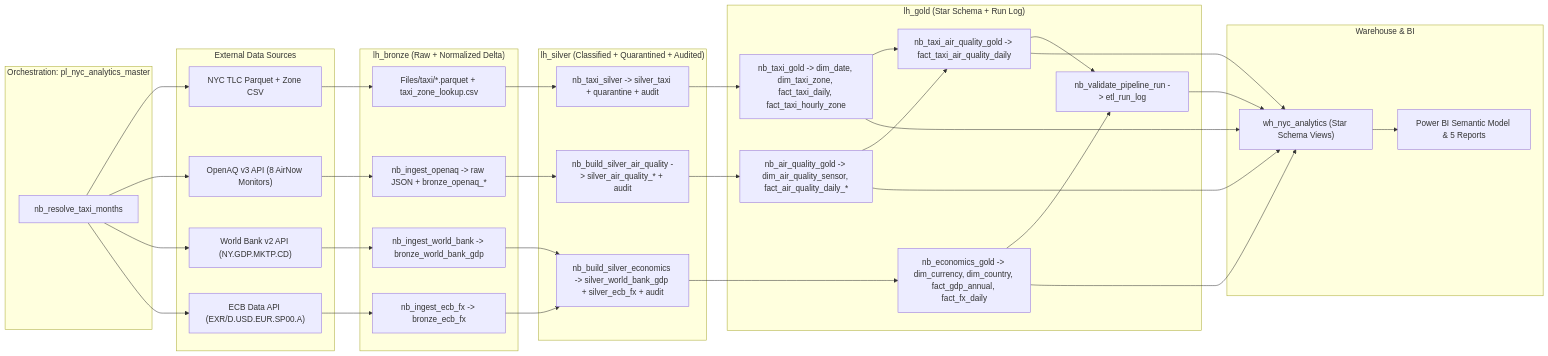
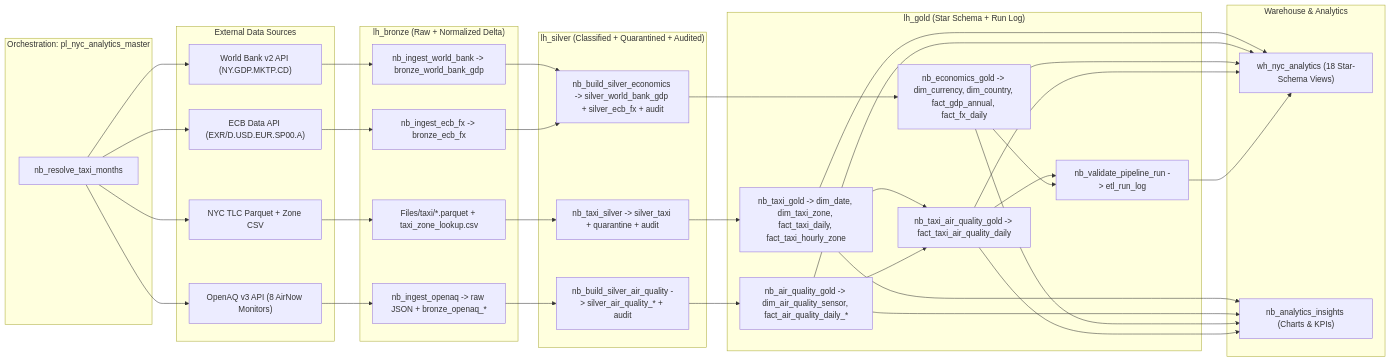
Before and after one commit to israfil-miya/fabric: the diagram in README.md, drawn with Mermaid. The commit also changed other lines of this file and 16 other files, not shown here.

````diff
--- a/README.md
+++ b/README.md
@@ -21,48 +21,49 @@
 ```mermaid
 flowchart LR
     subgraph Sources["External Data Sources"]
         TLC["NYC TLC Parquet + Zone CSV"]
         OAQ["OpenAQ v3 API (8 AirNow Monitors)"]
         WB["World Bank v2 API (NY.GDP.MKTP.CD)"]
         ECB["ECB Data API (EXR/D.USD.EUR.SP00.A)"]
     end
 
     subgraph Master["Orchestration: pl_nyc_analytics_master"]
         RES["nb_resolve_taxi_months"]
     end
 
     subgraph Bronze["lh_bronze (Raw + Normalized Delta)"]
         B1["Files/taxi/*.parquet + taxi_zone_lookup.csv"]
         B2["nb_ingest_openaq -> raw JSON + bronze_openaq_*"]
         B3["nb_ingest_world_bank -> bronze_world_bank_gdp"]
         B4["nb_ingest_ecb_fx -> bronze_ecb_fx"]
     end
 
     subgraph Silver["lh_silver (Classified + Quarantined + Audited)"]
         S1["nb_taxi_silver -> silver_taxi + quarantine + audit"]
         S2["nb_build_silver_air_quality -> silver_air_quality_* + audit"]
         S3["nb_build_silver_economics -> silver_world_bank_gdp + silver_ecb_fx + audit"]
     end
 
     subgraph Gold["lh_gold (Star Schema + Run Log)"]
         G1["nb_taxi_gold -> dim_date, dim_taxi_zone, fact_taxi_daily, fact_taxi_hourly_zone"]
         G2["nb_air_quality_gold -> dim_air_quality_sensor, fact_air_quality_daily_*"]
         G3["nb_economics_gold -> dim_currency, dim_country, fact_gdp_annual, fact_fx_daily"]
         G4["nb_taxi_air_quality_gold -> fact_taxi_air_quality_daily"]
         VAL["nb_validate_pipeline_run -> etl_run_log"]
     end
 
-    subgraph Serve["Warehouse & BI"]
-        WH["wh_nyc_analytics (Star Schema Views)"]
-        PBI["Power BI Semantic Model & 5 Reports"]
+    subgraph Serve["Warehouse & Analytics"]
+        WH["wh_nyc_analytics (18 Star-Schema Views)"]
+        VIS["nb_analytics_insights (Charts & KPIs)"]
     end
 
     RES --> TLC & OAQ & WB & ECB
     TLC --> B1 --> S1 --> G1
     OAQ --> B2 --> S2 --> G2
     WB --> B3 --> S3 --> G3
     ECB --> B4 --> S3
     G1 & G2 --> G4
     G4 & G3 --> VAL
-    G1 & G2 & G3 & G4 & VAL --> WH --> PBI
+    G1 & G2 & G3 & G4 & VAL --> WH
+    G1 & G2 & G3 & G4 --> VIS
 ```
````
